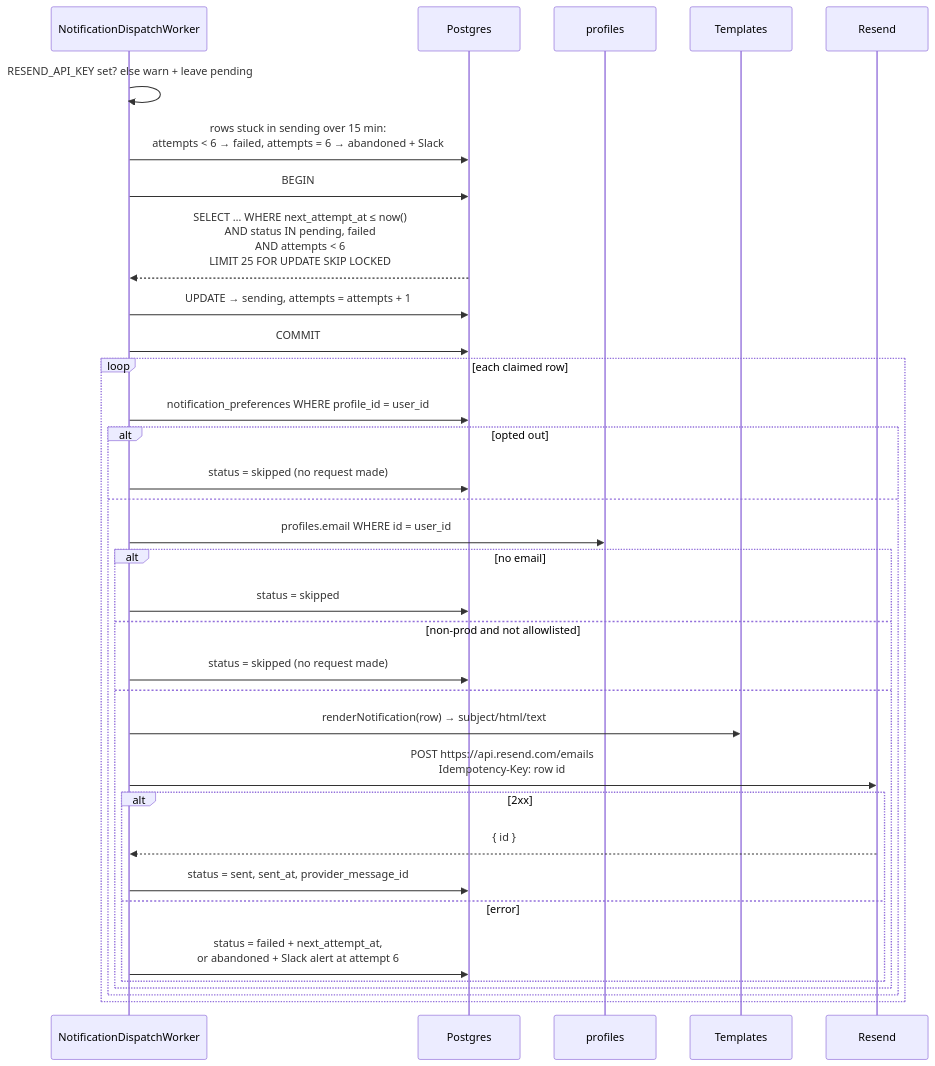
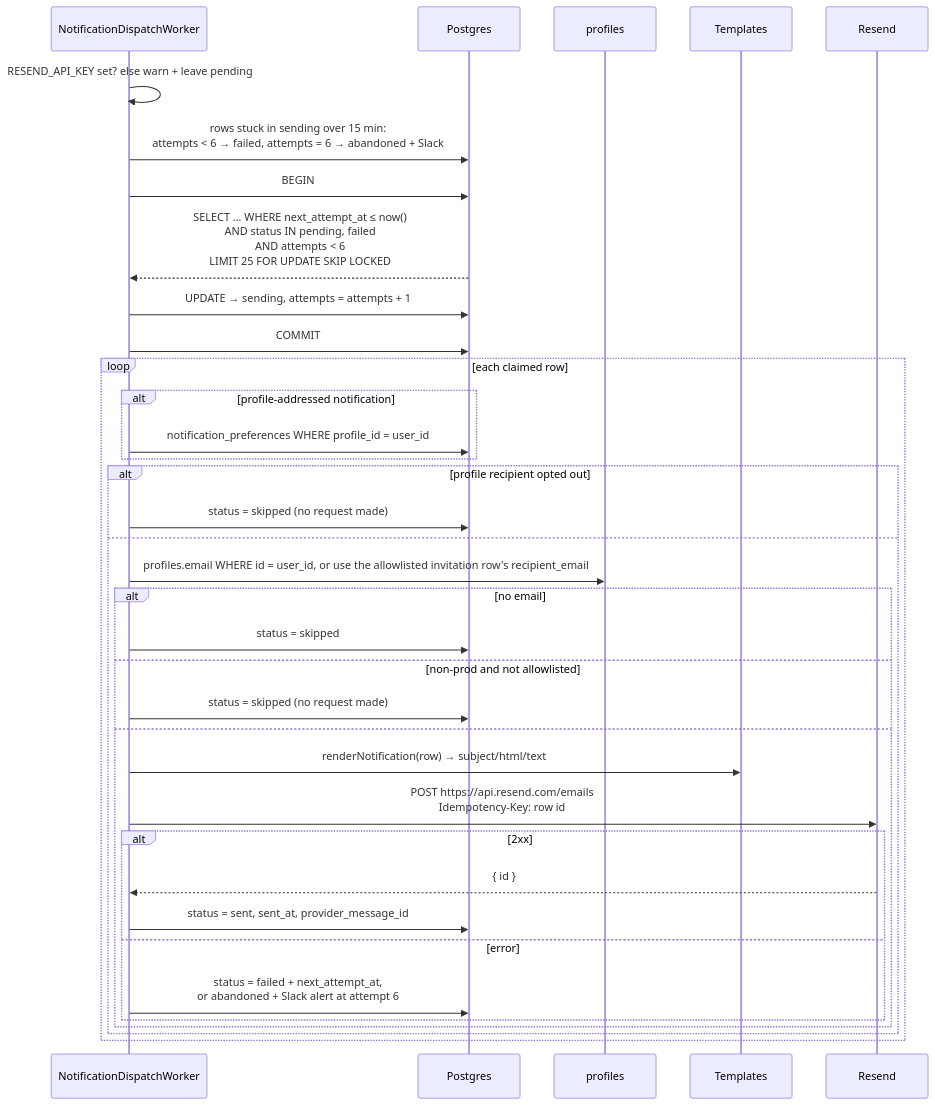
Before and after one commit to pendulum-chain/vortex: the seventh of 8 diagrams in docs/architecture-email-notifications.md, drawn with Mermaid. The commit also changed other lines of this file and 20 other files, not shown here.

````diff
--- a/docs/architecture-email-notifications.md
+++ b/docs/architecture-email-notifications.md
@@ -349,37 +358,39 @@
 ```mermaid
 sequenceDiagram
   participant W as NotificationDispatchWorker
   participant DB as Postgres
   participant P as profiles
   participant T as Templates
   participant R as Resend
 
   W->>W: RESEND_API_KEY set? else warn + leave pending
   W->>DB: rows stuck in sending over 15 min:<br/>attempts < 6 → failed, attempts = 6 → abandoned + Slack
   W->>DB: BEGIN
   DB-->>W: SELECT … WHERE next_attempt_at ≤ now()<br/>AND status IN pending, failed<br/>AND attempts < 6<br/>LIMIT 25 FOR UPDATE SKIP LOCKED
   W->>DB: UPDATE → sending, attempts = attempts + 1
   W->>DB: COMMIT
   loop each claimed row
-    W->>DB: notification_preferences WHERE profile_id = user_id
-    alt opted out
+    alt profile-addressed notification
+      W->>DB: notification_preferences WHERE profile_id = user_id
+    end
+    alt profile recipient opted out
       W->>DB: status = skipped (no request made)
     else
-      W->>P: profiles.email WHERE id = user_id
+      W->>P: profiles.email WHERE id = user_id, or use the allowlisted invitation row's recipient_email
       alt no email
         W->>DB: status = skipped
       else non-prod and not allowlisted
         W->>DB: status = skipped (no request made)
       else
         W->>T: renderNotification(row) → subject/html/text
         W->>R: POST https://api.resend.com/emails<br/>Idempotency-Key: row id
         alt 2xx
           R-->>W: { id }
           W->>DB: status = sent, sent_at, provider_message_id
         else error
           W->>DB: status = failed + next_attempt_at,<br/>or abandoned + Slack alert at attempt 6
         end
       end
     end
   end
 ```
````
